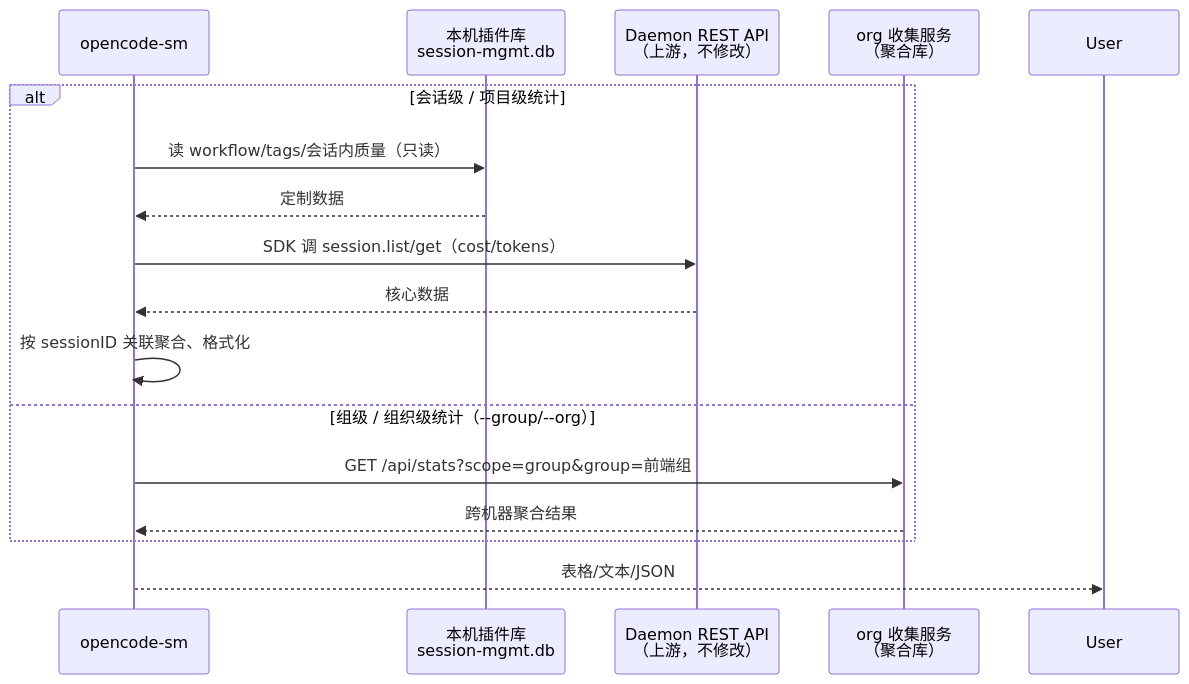
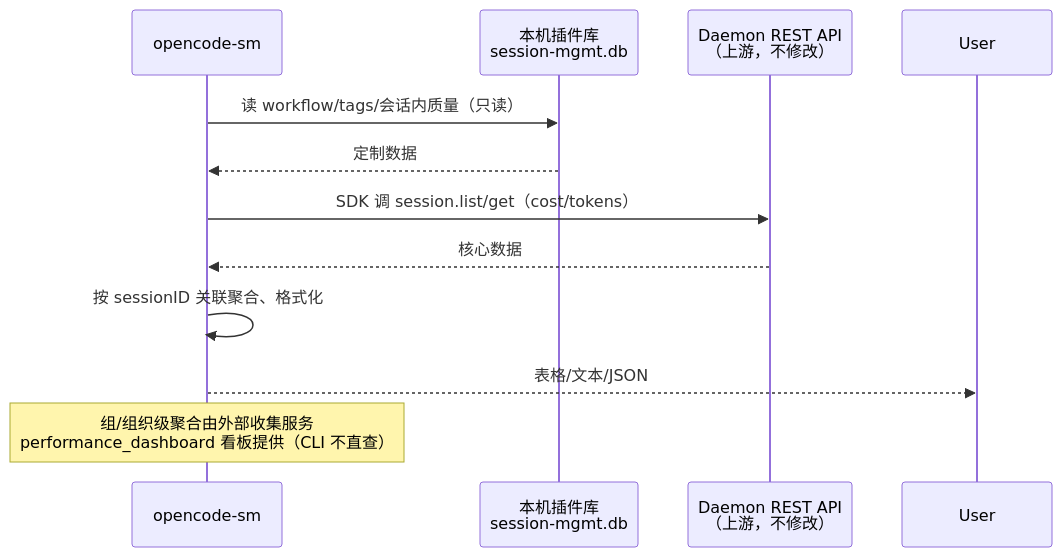
Diagram 12 of 16 in opencode-session-mgmt/docs/session-management.md (wonglaitung/opencode), drawn with Mermaid before and after one commit. The commit also changed other lines of this file and 37 other files, not shown here.

First line of the commit message:
refactor(session-mgmt): identify by api_key hash, retire in-repo collector

````diff
--- a/opencode-session-mgmt/docs/session-management.md
+++ b/opencode-session-mgmt/docs/session-management.md
@@ -953,19 +943,14 @@
 ```mermaid
 sequenceDiagram
     participant CLI as opencode-sm
     participant PDB as 本机插件库<br/>session-mgmt.db
     participant Daemon as Daemon REST API<br/>（上游，不修改）
-    participant Collector as org 收集服务<br/>（聚合库）
 
-    alt 会话级 / 项目级统计
-        CLI->>PDB: 读 workflow/tags/会话内质量（只读）
-        PDB-->>CLI: 定制数据
-        CLI->>Daemon: SDK 调 session.list/get（cost/tokens）
-        Daemon-->>CLI: 核心数据
-        CLI->>CLI: 按 sessionID 关联聚合、格式化
-    else 组级 / 组织级统计（--group/--org）
-        CLI->>Collector: GET /api/stats?scope=group&group=前端组
-        Collector-->>CLI: 跨机器聚合结果
-    end
+    CLI->>PDB: 读 workflow/tags/会话内质量（只读）
+    PDB-->>CLI: 定制数据
+    CLI->>Daemon: SDK 调 session.list/get（cost/tokens）
+    Daemon-->>CLI: 核心数据
+    CLI->>CLI: 按 sessionID 关联聚合、格式化
     CLI-->>User: 表格/文本/JSON
+    Note over CLI: 组/组织级聚合由外部收集服务<br/>performance_dashboard 看板提供（CLI 不直查）
 ```
````
